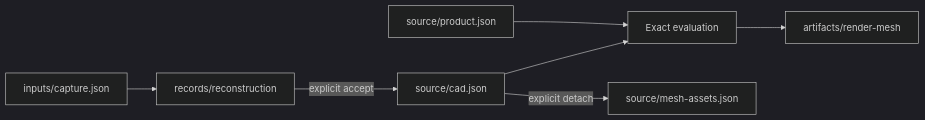
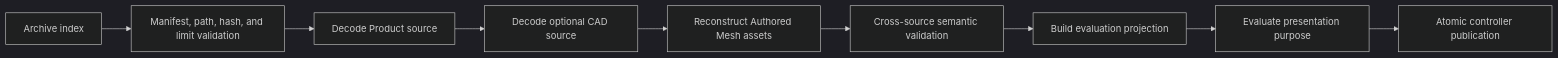
One commit to 1amageek/Rupa changed the diagram in Rupa/DOCUMENT_PACKAGE_CONTRACT.md. Above: the diagram before and after it, drawn with Mermaid (dark theme). The commit also changed other lines of this file and 50 other files, not shown here.

````diff
--- a/Rupa/DOCUMENT_PACKAGE_CONTRACT.md
+++ b/Rupa/DOCUMENT_PACKAGE_CONTRACT.md
@@ -65,9 +107,11 @@
 ```mermaid
 flowchart LR
-    CAD["source/cad.json"] --> Evaluation["Exact evaluation"]
-    Product["source/product.json"] --> Evaluation
-    Evaluation --> RenderMesh["artifacts/render-mesh"]
-    CAD -->|"explicit detach"| MeshSource["source/mesh-assets.json"]
-    Inputs["inputs/capture.json"] --> Reconstruction["records/reconstruction"]
-    Reconstruction -->|"explicit accept"| CAD
+    Archive["Archive index"] --> Integrity["Manifest, path, hash, and limit validation"]
+    Integrity --> Product["Decode Product source"]
+    Product --> CAD["Decode optional CAD source"]
+    CAD --> Mesh["Reconstruct Authored Mesh assets"]
+    Mesh --> Cross["Cross-source semantic validation"]
+    Cross --> Projection["Build evaluation projection"]
+    Projection --> Evaluate["Evaluate presentation purpose"]
+    Evaluate --> Publish["Atomic controller publication"]
 ```
````
